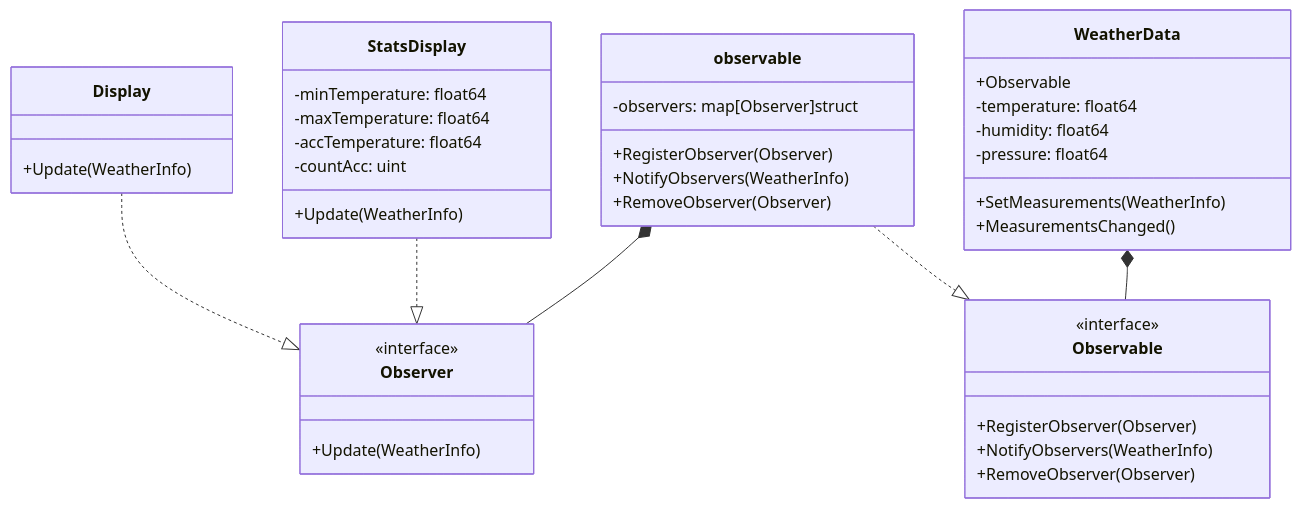
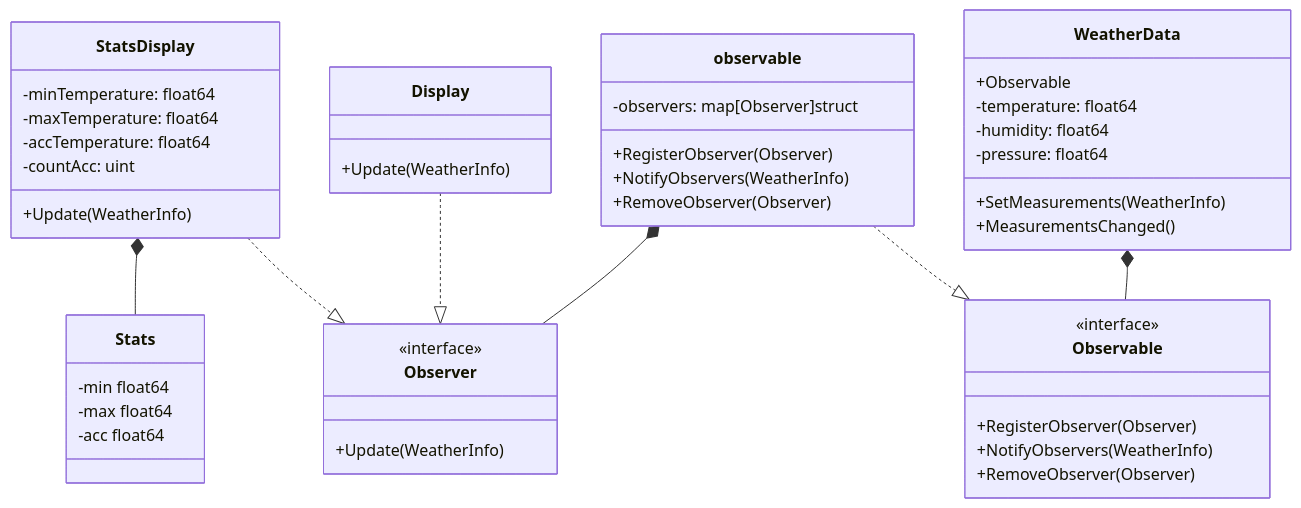
One commit to cetusw/ood changed the diagram in lw2/weatherstation/docs/ARCHITECTURE.md. Above: the diagram before and after it, drawn with Mermaid. The commit also changed 3 other files, not shown here.

````diff
--- a/lw2/weatherstation/docs/ARCHITECTURE.md
+++ b/lw2/weatherstation/docs/ARCHITECTURE.md
@@ -1,50 +1,55 @@
 ```mermaid
 classDiagram
     class Observer {
         <<interface>>
         +Update(WeatherInfo)
     }
 
     class Display {
         +Update(WeatherInfo)
     }
 
     class StatsDisplay {
         -minTemperature: float64
         -maxTemperature: float64
         -accTemperature: float64
         -countAcc: uint
         +Update(WeatherInfo)
     }
 
     class Observable {
         <<interface>>
         +RegisterObserver(Observer)
         +NotifyObservers(WeatherInfo)
         +RemoveObserver(Observer)
     }
 
     class observable {
         -observers: map[Observer]struct
         +RegisterObserver(Observer)
         +NotifyObservers(WeatherInfo)
         +RemoveObserver(Observer)
     }
 
     class WeatherData {
         +Observable
         -temperature: float64
         -humidity: float64
         -pressure: float64
         +SetMeasurements(WeatherInfo)
         +MeasurementsChanged()
     }
 
+    class Stats {
+        -min float64
+        -max float64
+        -acc float64
+    }
 
     observable ..|> Observable
     Display ..|> Observer
     StatsDisplay ..|> Observer
-
+    StatsDisplay *-- Stats
     WeatherData *-- Observable
-    observable *--  Observer
+    observable *-- Observer
 ```
````
